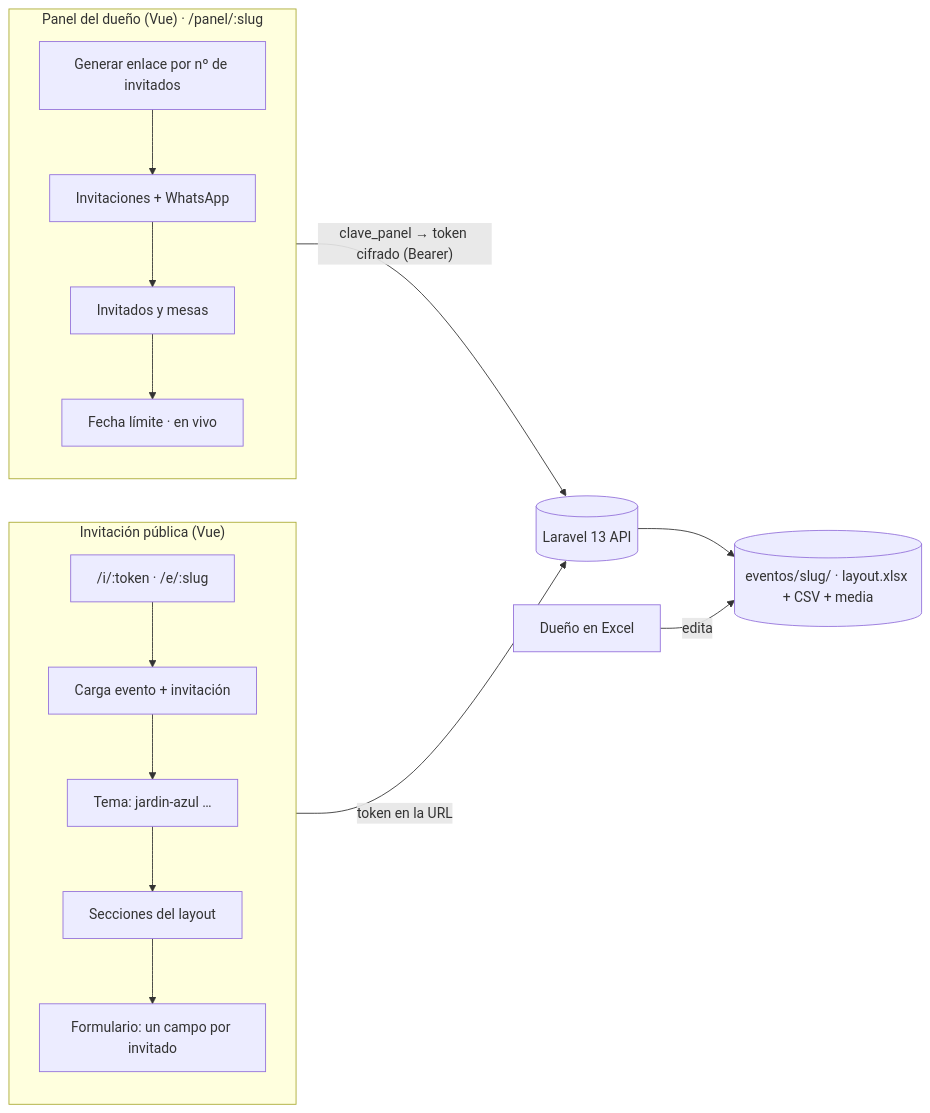
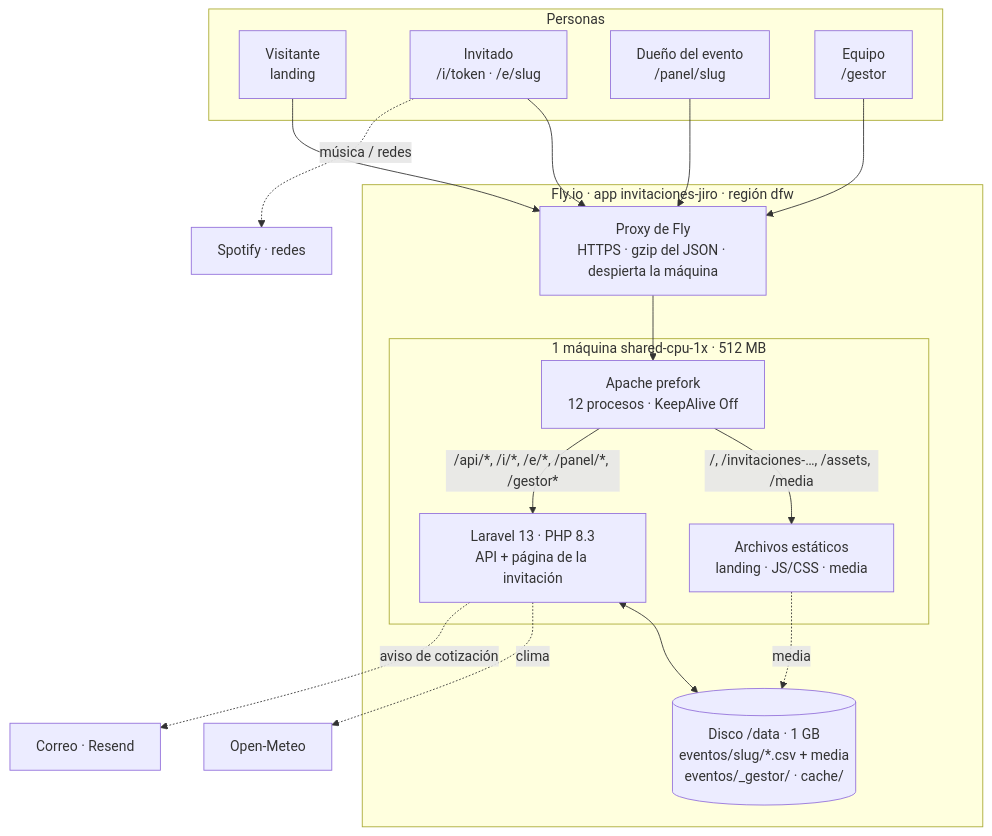
Before and after one commit to rjm019/invitaciones: the diagram in docs/plan-invitaciones/03-arquitectura-objetivo/arquitectura.md, drawn with Mermaid. The commit also changed other lines of this file, not shown here.

````diff
--- a/docs/plan-invitaciones/03-arquitectura-objetivo/arquitectura.md
+++ b/docs/plan-invitaciones/03-arquitectura-objetivo/arquitectura.md
@@ -7,18 +9,26 @@
 ```mermaid
-flowchart LR
-    subgraph Panel["Panel del dueño (Vue) · /panel/:slug"]
-      A1[Generar enlace por nº de invitados] --> A2[Invitaciones + WhatsApp]
-      A2 --> A3[Invitados y mesas]
-      A3 --> A4[Fecha límite · en vivo]
+flowchart TB
+    subgraph Personas
+      V[Visitante<br/>landing]
+      I[Invitado<br/>/i/token · /e/slug]
+      D[Dueño del evento<br/>/panel/slug]
+      G[Equipo<br/>/gestor]
     end
-    subgraph Publico["Invitación pública (Vue)"]
-      P1["/i/:token · /e/:slug"] --> P2[Carga evento + invitación]
-      P2 --> P3[Tema: jardin-azul …]
-      P3 --> P4[Secciones del layout]
-      P4 --> P5[Formulario: un campo por invitado]
+    subgraph Fly["Fly.io · app invitaciones-jiro · región dfw"]
+      P[Proxy de Fly<br/>HTTPS · gzip del JSON · despierta la máquina]
+      subgraph M["1 máquina shared-cpu-1x · 512 MB"]
+        A[Apache prefork<br/>12 procesos · KeepAlive Off]
+        S[Archivos estáticos<br/>landing · JS/CSS · media]
+        L[Laravel 13 · PHP 8.3<br/>API + página de la invitación]
+      end
+      Disk[("Disco /data · 1 GB<br/>eventos/slug/*.csv + media<br/>eventos/_gestor/ · cache/")]
     end
-    Panel -- "clave_panel → token cifrado (Bearer)" --> API
-    Publico -- "token en la URL" --> API
-    API[(Laravel 13 API)] --> EV[("eventos/slug/ · layout.xlsx + CSV + media")]
-    XL[Dueño en Excel] -- edita --> EV
+    V & I & D & G --> P --> A
+    A -- "/, /invitaciones-…, /assets, /media" --> S
+    A -- "/api/*, /i/*, /e/*, /panel/*, /gestor*" --> L
+    S -. media .-> Disk
+    L <--> Disk
+    L -. clima .-> OM[Open-Meteo]
+    L -. aviso de cotización .-> R[Correo · Resend]
+    I -. música / redes .-> SP[Spotify · redes]
 ```
````
